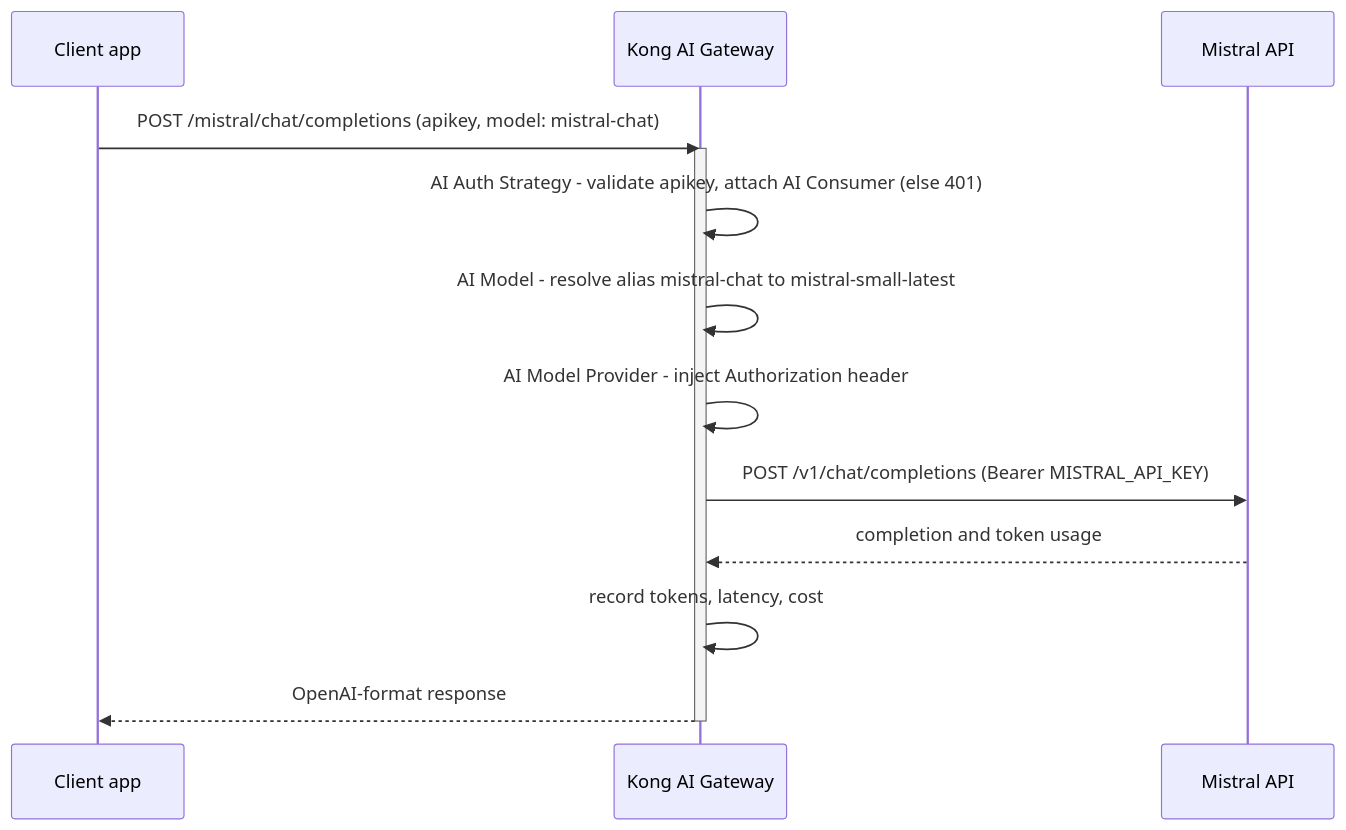
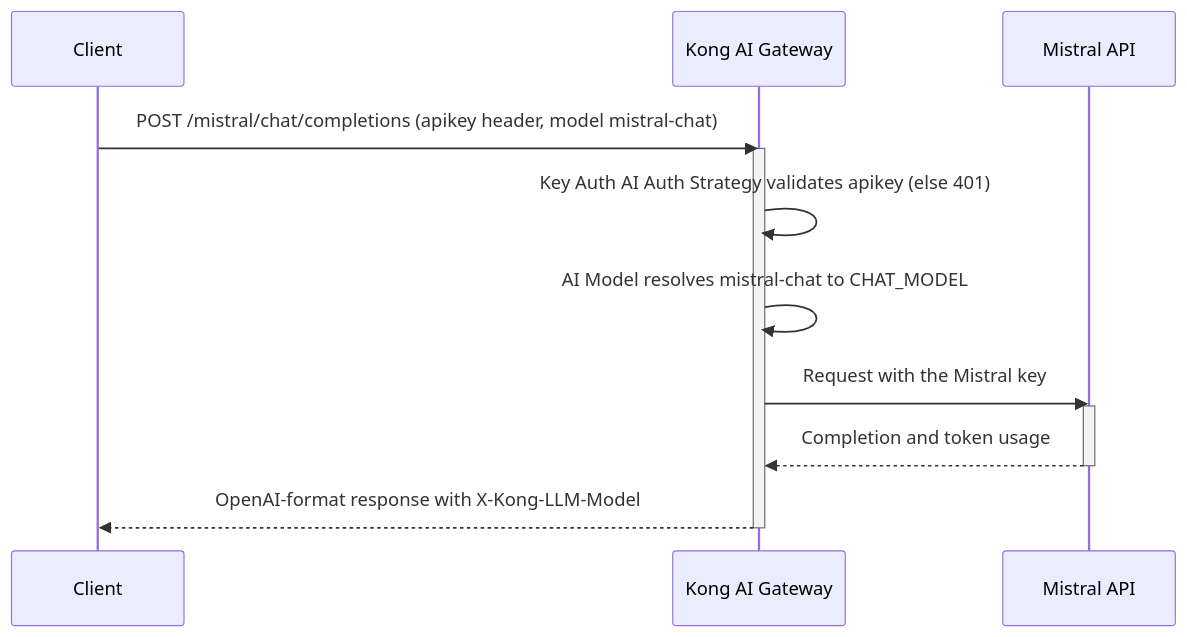
One commit to Kong/developer.konghq.com changed the diagram in app/_cookbooks/mistral-ai-with-kong-ai-gateway.md. Above: the diagram before and after it, drawn with Mermaid. The commit also changed other lines of this file and 22 other files, not shown here.

```diff
--- a/app/_cookbooks/mistral-ai-with-kong-ai-gateway.md
+++ b/app/_cookbooks/mistral-ai-with-kong-ai-gateway.md
@@ -121,17 +529,17 @@
 {% mermaid %}
 sequenceDiagram
-    participant C as Client app
+    participant C as Client
     participant K as Kong AI Gateway
     participant M as Mistral API
 
-    C->>K: POST /mistral/chat/completions (apikey, model: mistral-chat)
+    C->>K: POST /mistral/chat/completions (apikey header, model mistral-chat)
     activate K
-    K->>K: AI Auth Strategy - validate apikey, attach AI Consumer (else 401)
-    K->>K: AI Model - resolve alias mistral-chat to mistral-small-latest
-    K->>K: AI Model Provider - inject Authorization header
-    K->>M: POST /v1/chat/completions (Bearer MISTRAL_API_KEY)
-    M-->>K: completion and token usage
-    K->>K: record tokens, latency, cost
-    K-->>C: OpenAI-format response
+    K->>K: Key Auth AI Auth Strategy validates apikey (else 401)
+    K->>K: AI Model resolves mistral-chat to CHAT_MODEL
+    K->>M: Request with the Mistral key
+    activate M
+    M-->>K: Completion and token usage
+    deactivate M
+    K-->>C: OpenAI-format response with X-Kong-LLM-Model
     deactivate K
 {% endmermaid %}
```
